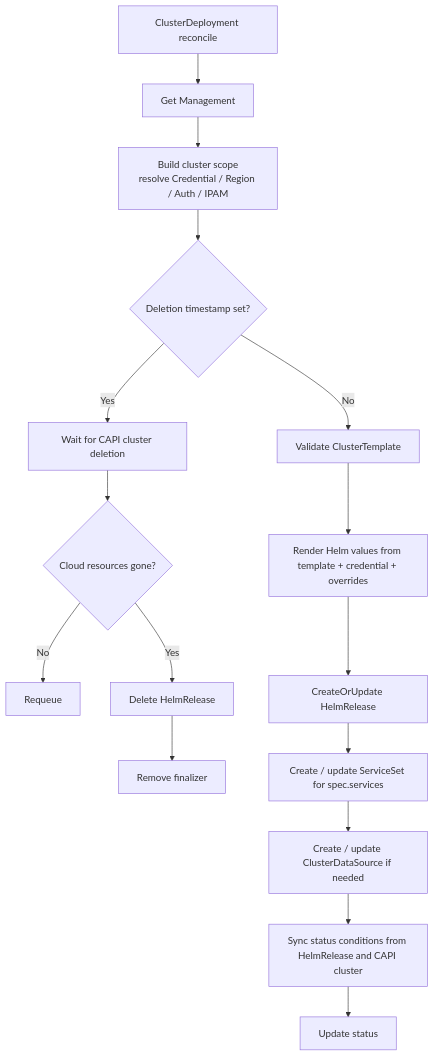
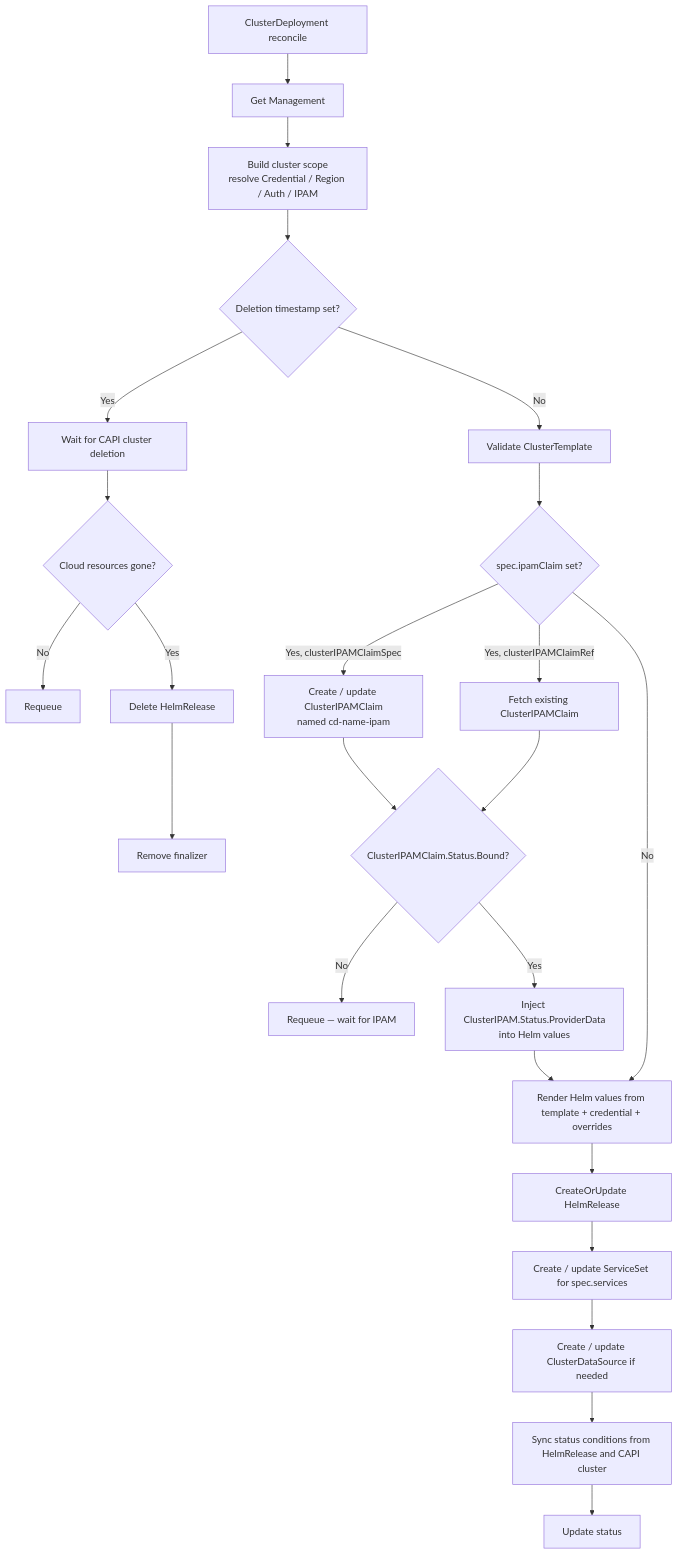
The sixth of 10 diagrams in docs/controllers.md (DinaBelova/kcm), drawn with Mermaid before and after one commit. The commit also changed other lines of this file, not shown here.

First line of the commit message:
docs: fix ClusterDeployment IPAM relationship in controllers.md

````diff
--- a/docs/controllers.md
+++ b/docs/controllers.md
@@ -428,18 +433,26 @@
 ```mermaid
 flowchart TD
     A[ClusterDeployment reconcile] --> B[Get Management]
     B --> C[Build cluster scope\nresolve Credential / Region / Auth / IPAM]
     C --> D{Deletion timestamp set?}
     D -->|Yes| E[Wait for CAPI cluster deletion]
     E --> F{Cloud resources gone?}
     F -->|No| G[Requeue]
     F -->|Yes| H[Delete HelmRelease]
     H --> I[Remove finalizer]
     D -->|No| J[Validate ClusterTemplate]
-    J --> K[Render Helm values from template + credential + overrides]
+    J --> J2{spec.ipamClaim set?}
+    J2 -->|Yes, clusterIPAMClaimSpec| J3[Create / update ClusterIPAMClaim\nnamed cd-name-ipam]
+    J2 -->|Yes, clusterIPAMClaimRef| J4[Fetch existing ClusterIPAMClaim]
+    J3 --> J5{ClusterIPAMClaim.Status.Bound?}
+    J4 --> J5
+    J5 -->|No| J6[Requeue — wait for IPAM]
+    J5 -->|Yes| J7[Inject ClusterIPAM.Status.ProviderData\ninto Helm values]
+    J7 --> K
+    J2 -->|No| K[Render Helm values from template + credential + overrides]
     K --> L[CreateOrUpdate HelmRelease]
     L --> M[Create / update ServiceSet for spec.services]
     M --> N[Create / update ClusterDataSource if needed]
     N --> O[Sync status conditions from HelmRelease and CAPI cluster]
     O --> P[Update status]
 ```
````
